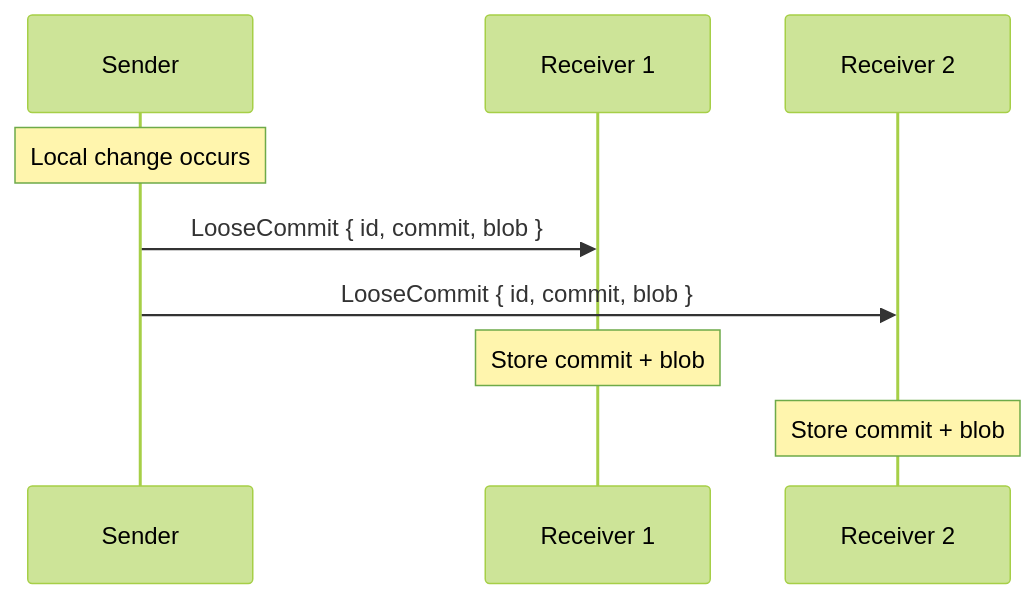
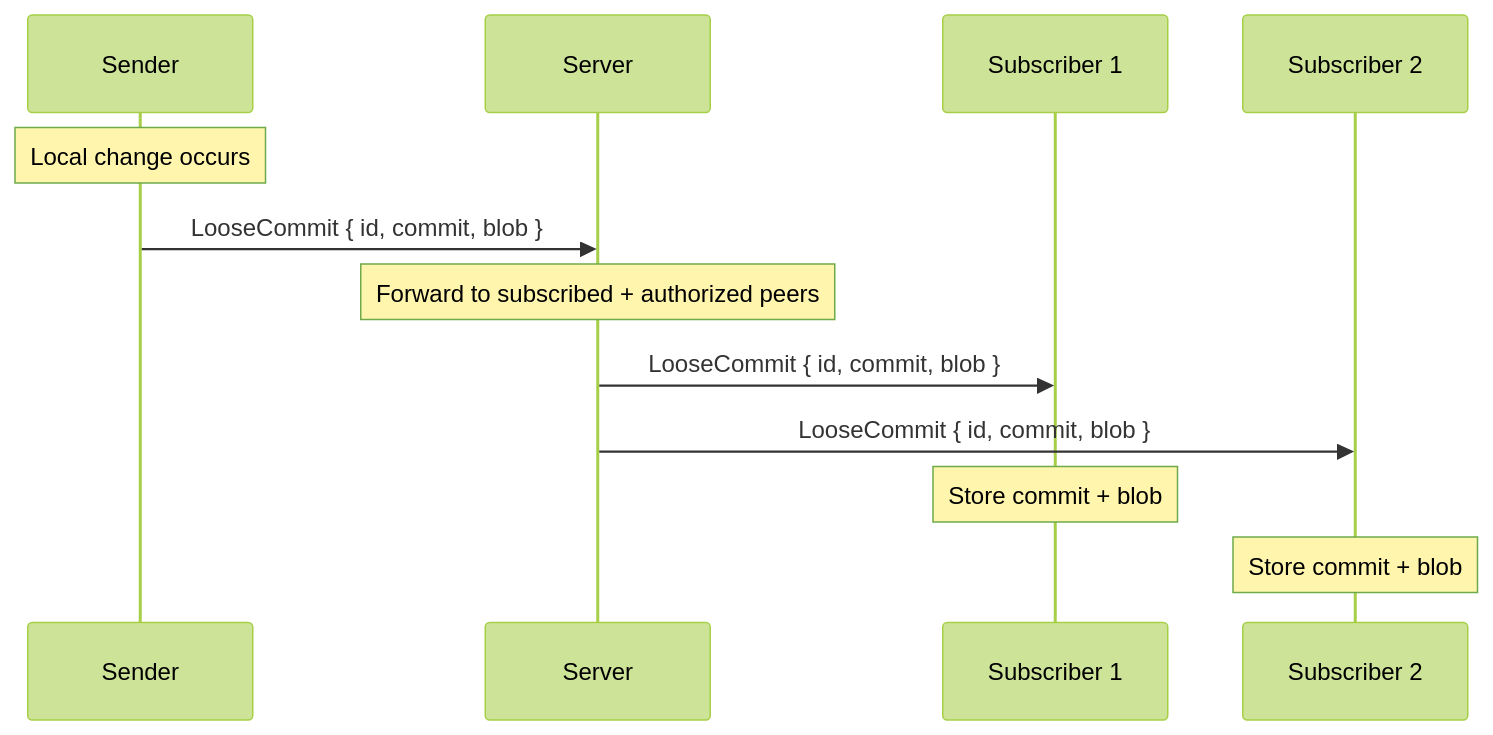
One commit to inkandswitch/subduction changed the first of 4 diagrams in design/sync/incremental.md. Above: the diagram before and after it, drawn with Mermaid (forest theme). The commit also changed other lines of this file and 4 other files, not shown here.

````diff
--- a/design/sync/incremental.md
+++ b/design/sync/incremental.md
@@ -12,14 +12,17 @@
 ```mermaid
 sequenceDiagram
     participant A as Sender
-    participant B as Receiver 1
-    participant C as Receiver 2
+    participant S as Server
+    participant B as Subscriber 1
+    participant C as Subscriber 2
 
     Note over A: Local change occurs
 
-    A->>B: LooseCommit { id, commit, blob }
-    A->>C: LooseCommit { id, commit, blob }
+    A->>S: LooseCommit { id, commit, blob }
+    Note over S: Forward to subscribed + authorized peers
+    S->>B: LooseCommit { id, commit, blob }
+    S->>C: LooseCommit { id, commit, blob }
 
     Note over B: Store commit + blob
     Note over C: Store commit + blob
 ```
````
